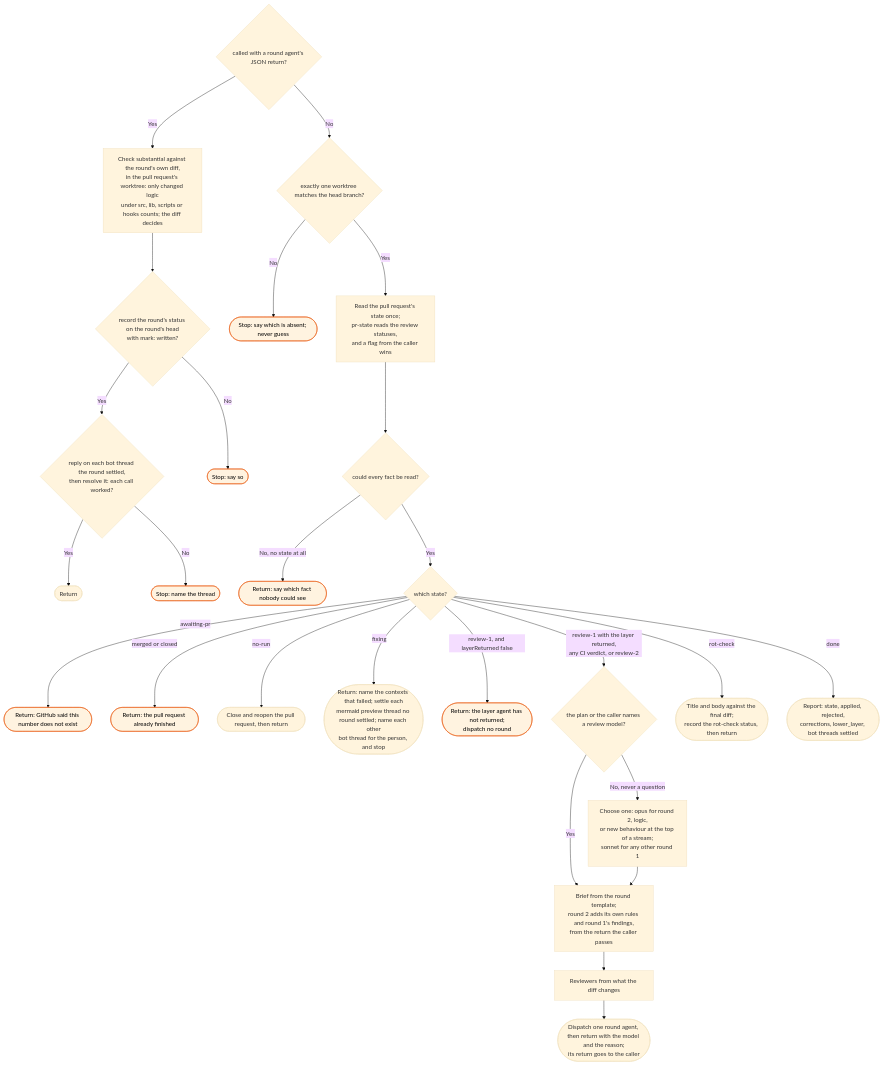
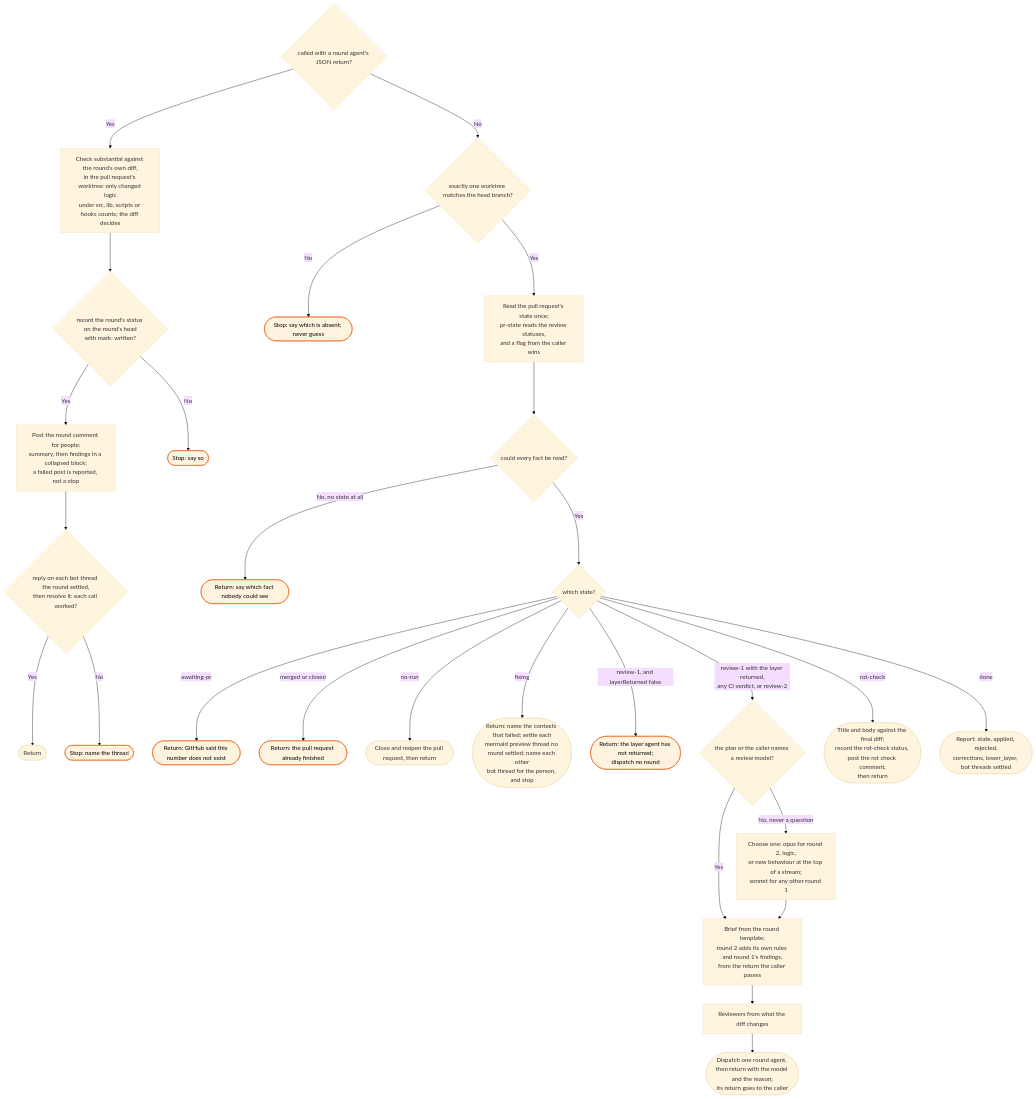
Before and after one commit to bje-settings/claude: the diagram in docs/flows/workstreams/review/_skill-flow.md, drawn with Mermaid (base theme). The commit also changed 8 other files, not shown here.

First line of the commit message:
fix(workstreams): post a review round comment, and name the primitive in each footer (#448)

````diff
--- a/docs/flows/workstreams/review/_skill-flow.md
+++ b/docs/flows/workstreams/review/_skill-flow.md
@@ -15,35 +15,36 @@
 ```mermaid
 flowchart TD
     R0{called with a round agent's JSON return?}
     R0 -->|Yes| RS[Check substantial against the round's own diff,<br/>in the pull request's worktree: only changed logic<br/>under src, lib, scripts or hooks counts; the diff decides]
     RS --> R2{record the round's status on the round's head<br/>with mark: written?}
-    R2 -->|Yes| BT{reply on each bot thread the round settled,<br/>then resolve it: each call worked?}
+    R2 -->|Yes| CM[Post the round comment for people:<br/>summary, then findings in a collapsed block;<br/>a failed post is reported, not a stop]
+    CM --> BT{reply on each bot thread the round settled,<br/>then resolve it: each call worked?}
     R2 -->|No| R3([Stop: say so]):::stop
     BT -->|Yes| R1([Return])
     BT -->|No| BT1([Stop: name the thread]):::stop
     R0 -->|No| W{exactly one worktree matches the head branch?}
     W -->|No| W1([Stop: say which is absent; never guess]):::stop
     W -->|Yes| C[Read the pull request's state once;<br/>pr-state reads the review statuses,<br/>and a flag from the caller wins]
 
     C --> D{could every fact be read?}
     D -->|No, no state at all| D1([Return: say which fact nobody could see]):::stop
     D -->|Yes| E{which state?}
 
     E -->|awaiting-pr| E1([Return: GitHub said this number does not exist]):::stop
     E -->|merged or closed| E1b([Return: the pull request already finished]):::stop
     E -->|no-run| F([Close and reopen the pull request, then return])
     E -->|fixing| G2([Return: name the contexts that failed; settle each<br/>mermaid preview thread no round settled; name each other<br/>bot thread for the person, and stop])
 
     E -->|review-1, and layerReturned false| EL([Return: the layer agent has not returned;<br/>dispatch no round]):::stop
     E -->|review-1 with the layer returned,<br/>any CI verdict, or review-2| M{the plan or the caller names a review model?}
     M -->|Yes| I
     M -->|No, never a question| M1[Choose one: opus for round 2, logic,<br/>or new behaviour at the top of a stream;<br/>sonnet for any other round 1] --> I
     I[Brief from the round template;<br/>round 2 adds its own rules and round 1's findings,<br/>from the return the caller passes]
     I --> J[Reviewers from what the diff changes]
     J --> K([Dispatch one round agent, then return with the model and the reason;<br/>its return goes to the caller])
 
-    E -->|rot-check| Q([Title and body against the final diff;<br/>record the rot-check status, then return])
+    E -->|rot-check| Q([Title and body against the final diff;<br/>record the rot-check status, post the rot check comment,<br/>then return])
     E -->|done| S([Report: state, applied, rejected,<br/>corrections, lower_layer, bot threads settled])
 
     classDef stop fill:#fff3e0,stroke:#e65100,color:#000
 ```
````
